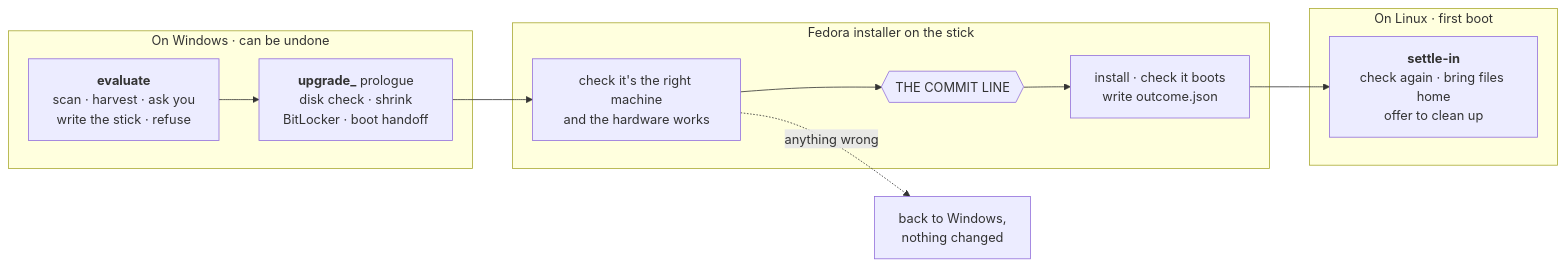
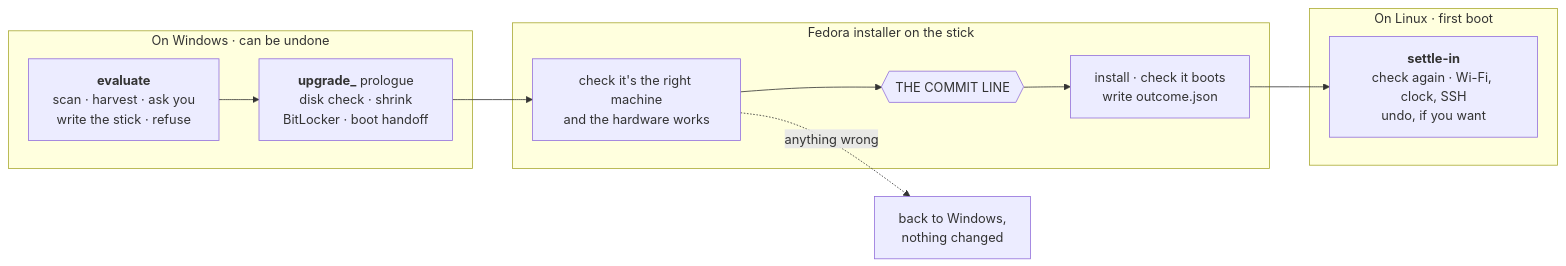
One commit to addlatt/upgrade_ changed the diagram in README.md. Above: the diagram before and after it, drawn with Mermaid. The commit also changed other lines of this file and 59 other files, not shown here.

````diff
--- a/README.md
+++ b/README.md
@@ -50,17 +50,17 @@
 ```mermaid
 flowchart LR
     subgraph W["On Windows · can be undone"]
         E["<b>evaluate</b><br/>scan · harvest · ask you<br/>write the stick · refuse"]
         P["<b>upgrade_</b> prologue<br/>disk check · shrink<br/>BitLocker · boot handoff"]
     end
     subgraph I["Fedora installer on the stick"]
         V["check it's the right machine<br/>and the hardware works"]
         C{{"THE COMMIT LINE"}}
         X["install · check it boots<br/>write outcome.json"]
     end
     subgraph L["On Linux · first boot"]
-        S["<b>settle-in</b><br/>check again · bring files home<br/>offer to clean up"]
+        S["<b>settle-in</b><br/>check again · Wi-Fi, clock, SSH<br/>undo, if you want"]
     end
     E --> P --> V --> C --> X --> S
     V -. "anything wrong" .-> R["back to Windows,<br/>nothing changed"]
 ```
````
